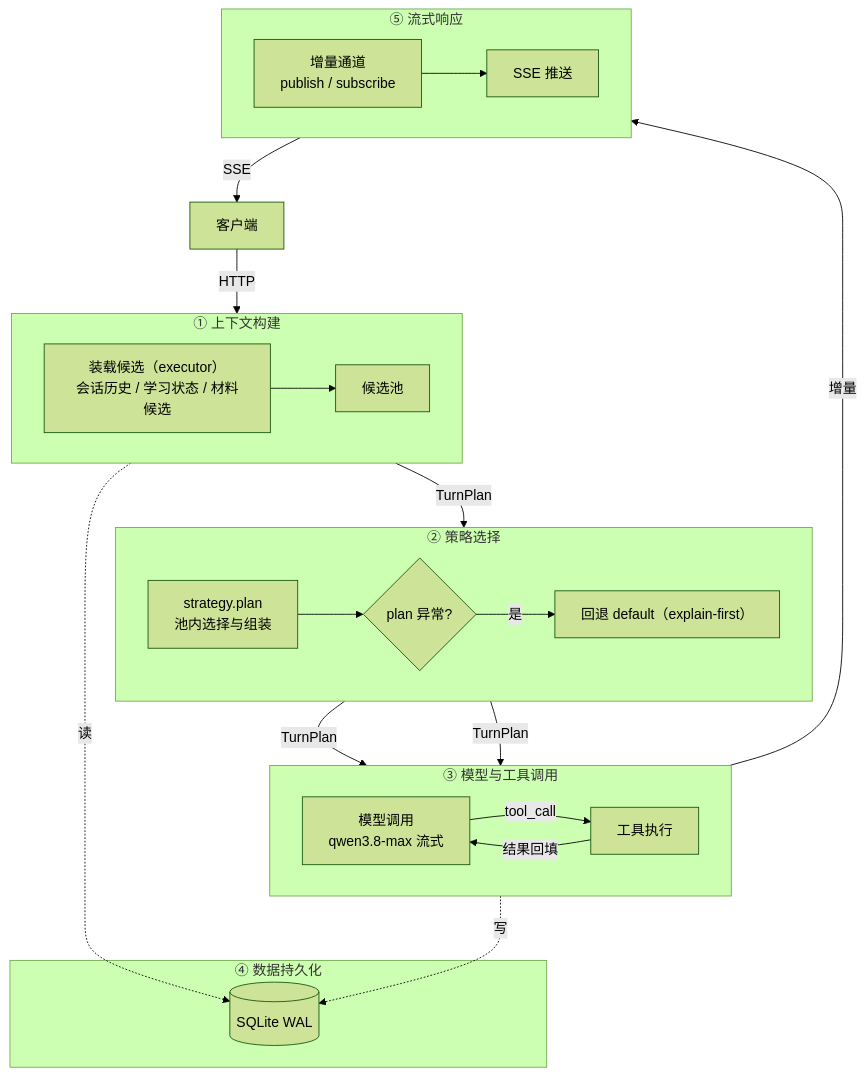
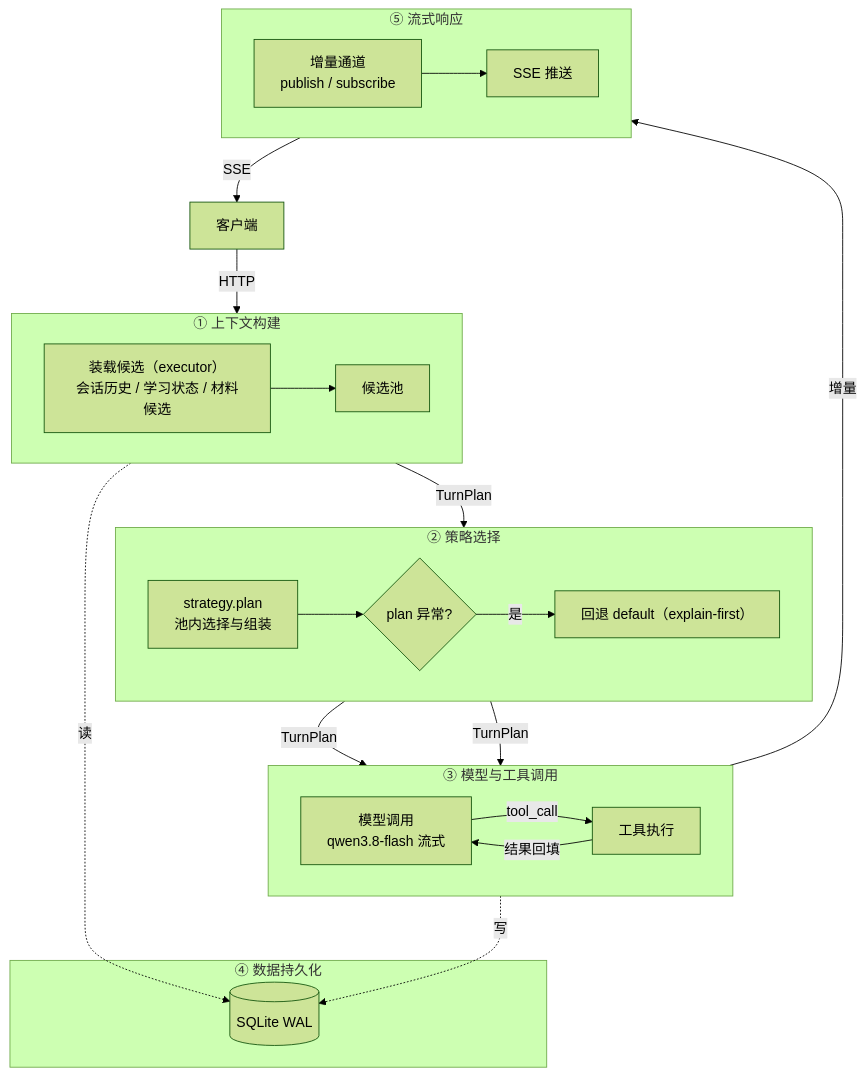
Before and after one commit to Nakurusu/zero: the diagram in README.md, drawn with Mermaid (forest theme). The commit also changed other lines of this file and 3 other files, not shown here.

````diff
--- a/README.md
+++ b/README.md
@@ -5,47 +12,47 @@
 ```mermaid
 flowchart TB
     Client["客户端"]
 
     subgraph S1["① 上下文构建"]
         direction LR
         LOAD["装载候选（executor）<br/>会话历史 / 学习状态 / 材料候选"]
         POOL["候选池"]
         LOAD --> POOL
     end
 
     subgraph S2["② 策略选择"]
         direction LR
         PLAN["strategy.plan<br/>池内选择与组装"]
         FB{"plan 异常?"}
         DEF["回退 default（explain-first）"]
         PLAN --> FB
         FB -->|是| DEF
     end
 
     subgraph S3["③ 模型与工具调用"]
         direction LR
-        MODEL["模型调用<br/>qwen3.8-max 流式"]
+        MODEL["模型调用<br/>qwen3.8-flash 流式"]
         TOOL["工具执行"]
         MODEL -->|tool_call| TOOL
         TOOL -->|结果回填| MODEL
     end
 
     subgraph S5["⑤ 流式响应"]
         direction LR
         CH["增量通道<br/>publish / subscribe"]
         CH --> SSE["SSE 推送"]
     end
 
     subgraph S4["④ 数据持久化"]
         DB[("SQLite WAL")]
     end
 
     Client -->|HTTP| LOAD
     POOL -->|TurnPlan| PLAN
     FB -->|TurnPlan| MODEL
     DEF -->|TurnPlan| MODEL
     MODEL -->|增量| CH
     SSE -->|SSE| Client
     LOAD -. 读 .-> DB
     MODEL -. 写 .-> DB
 ```
````
